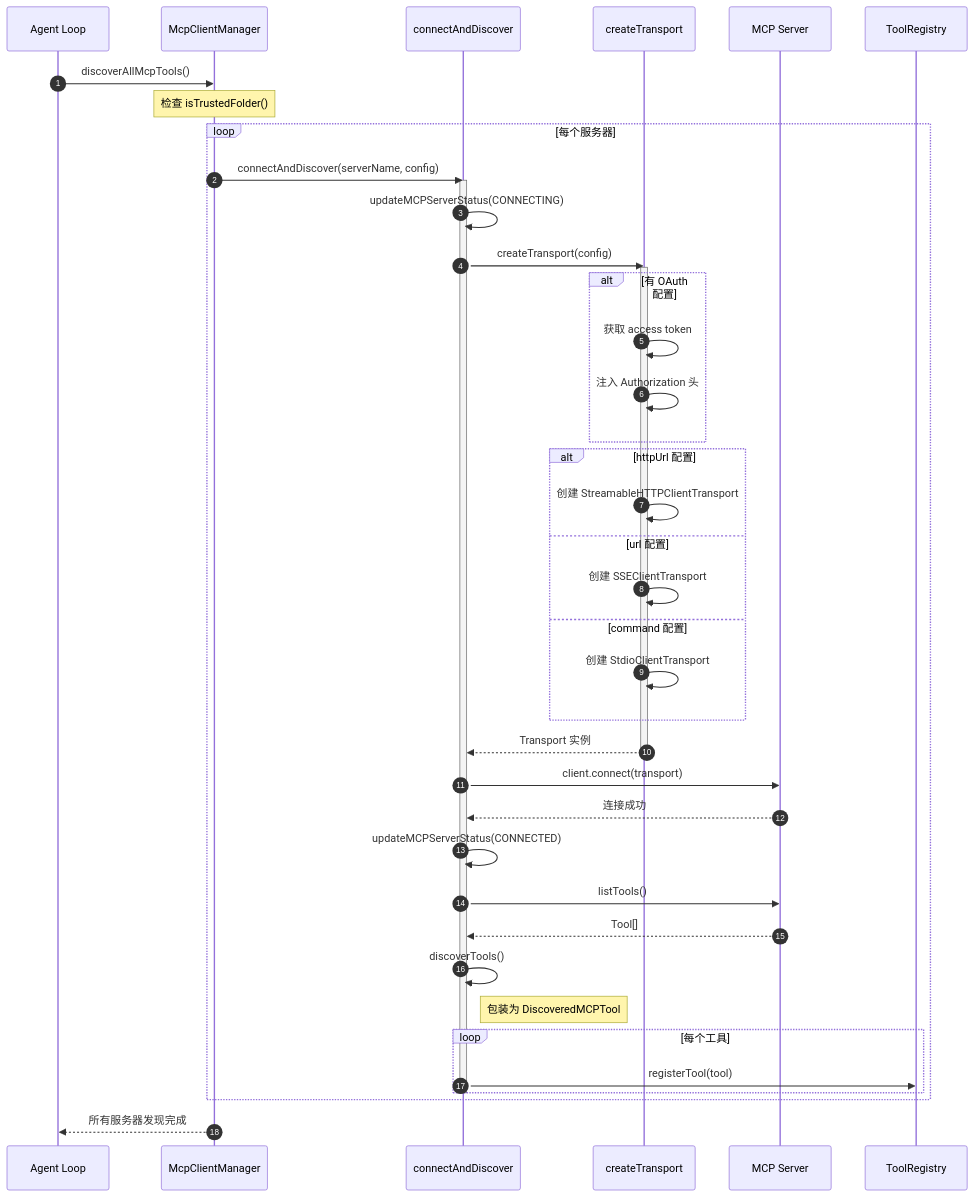
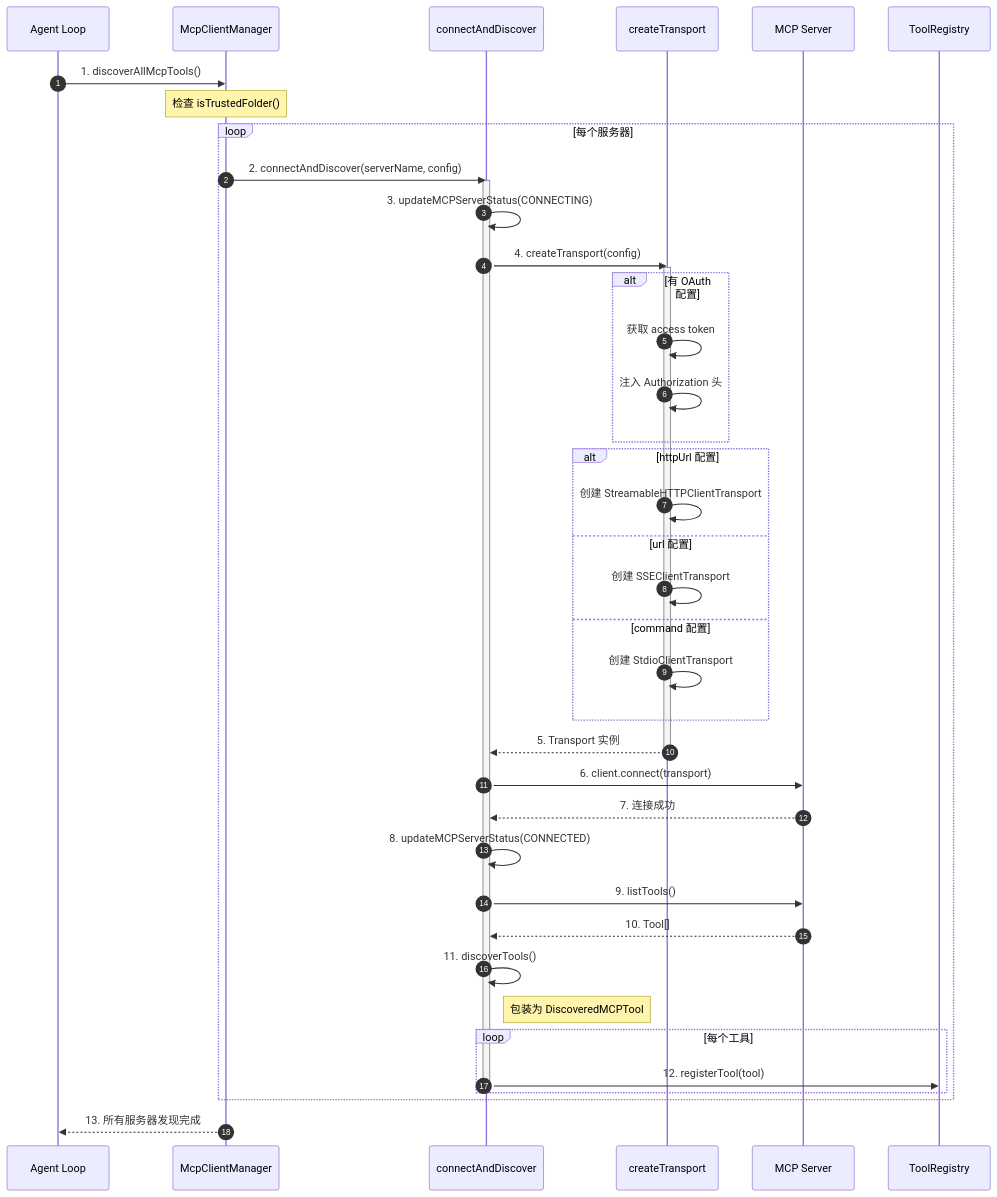
One commit to giraffe-tree/agent-base changed the first of 11 diagrams in docs/qwen-code/06-qwen-code-mcp-integration.md. Above: the diagram before and after it, drawn with Mermaid. The commit also changed other lines of this file and 155 other files, not shown here.

````diff
--- a/docs/qwen-code/06-qwen-code-mcp-integration.md
+++ b/docs/qwen-code/06-qwen-code-mcp-integration.md
@@ -98,56 +121,56 @@
 ```mermaid
 sequenceDiagram
     autonumber
     participant A as Agent Loop
     participant M as McpClientManager
     participant C as connectAndDiscover
     participant T as createTransport
     participant S as MCP Server
     participant R as ToolRegistry
 
-    A->>M: discoverAllMcpTools()
+    A->>M: 1. discoverAllMcpTools()
     Note over M: 检查 isTrustedFolder()
 
     loop 每个服务器
-        M->>C: connectAndDiscover(serverName, config)
+        M->>C: 2. connectAndDiscover(serverName, config)
         activate C
 
-        C->>C: updateMCPServerStatus(CONNECTING)
-        C->>T: createTransport(config)
+        C->>C: 3. updateMCPServerStatus(CONNECTING)
+        C->>T: 4. createTransport(config)
         activate T
 
         alt 有 OAuth 配置
             T->>T: 获取 access token
             T->>T: 注入 Authorization 头
         end
 
         alt httpUrl 配置
             T->>T: 创建 StreamableHTTPClientTransport
         else url 配置
             T->>T: 创建 SSEClientTransport
         else command 配置
             T->>T: 创建 StdioClientTransport
         end
 
-        T-->>C: Transport 实例
+        T-->>C: 5. Transport 实例
         deactivate T
 
-        C->>S: client.connect(transport)
-        S-->>C: 连接成功
-        C->>C: updateMCPServerStatus(CONNECTED)
+        C->>S: 6. client.connect(transport)
+        S-->>C: 7. 连接成功
+        C->>C: 8. updateMCPServerStatus(CONNECTED)
 
-        C->>S: listTools()
-        S-->>C: Tool[]
+        C->>S: 9. listTools()
+        S-->>C: 10. Tool[]
 
-        C->>C: discoverTools()
+        C->>C: 11. discoverTools()
         Note right of C: 包装为 DiscoveredMCPTool
 
         loop 每个工具
-            C->>R: registerTool(tool)
+            C->>R: 12. registerTool(tool)
         end
 
         deactivate C
     end
 
-    M-->>A: 所有服务器发现完成
+    M-->>A: 13. 所有服务器发现完成
 ```
````
